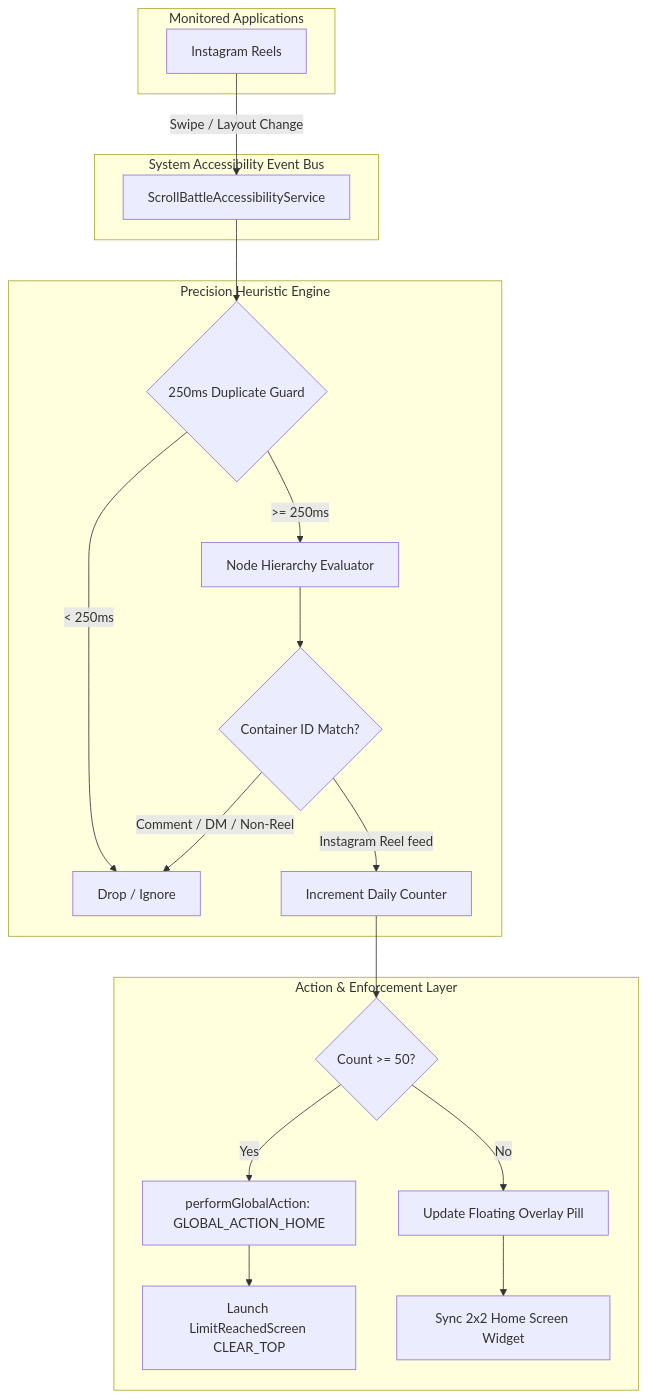
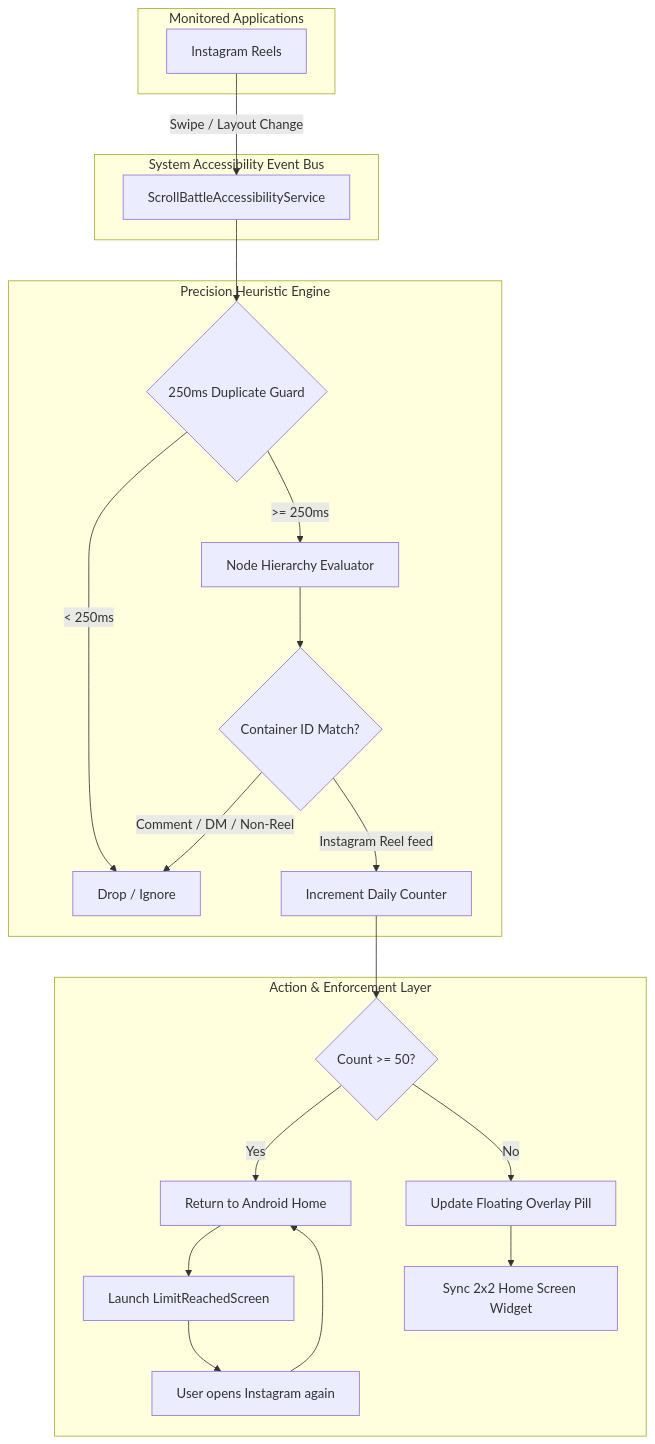
Before and after one commit to NIKHILSINGLAT/ScrollBattle: the diagram in README.md, drawn with Mermaid. The commit also changed other lines of this file, not shown here.

Commit message:
docs: align README with whole-app lock design and Android limitations

````diff
--- a/README.md
+++ b/README.md
@@ -42,27 +42,29 @@
 ```mermaid
 flowchart TD
     subgraph Target_Apps [Monitored Applications]
         IG[Instagram Reels]
     end
 
     subgraph Accessibility_Bus [System Accessibility Event Bus]
         IG -->|Swipe / Layout Change| Bus[ScrollBattleAccessibilityService]
     end
 
     subgraph Detection_Engine [Precision Heuristic Engine]
         Bus --> Throttler{250ms Duplicate Guard}
         Throttler -- "< 250ms" --> Drop[Drop / Ignore]
         Throttler -- ">= 250ms" --> Evaluator[Node Hierarchy Evaluator]
         Evaluator --> Match{Container ID Match?}
         Match -- "Comment / DM / Non-Reel" --> Drop
         Match -- "Instagram Reel feed" --> Count[Increment Daily Counter]
     end
 
     subgraph Enforcement [Action & Enforcement Layer]
         Count --> LimitCheck{Count >= 50?}
-        LimitCheck -- "Yes" --> Kick[performGlobalAction: GLOBAL_ACTION_HOME]
-        Kick --> LockScreen[Launch LimitReachedScreen CLEAR_TOP]
+        LimitCheck -- "Yes" --> Kick[Return to Android Home]
+        Kick --> LockScreen[Launch LimitReachedScreen]
+        LockScreen --> Reopen[User opens Instagram again]
+        Reopen --> Kick
         LimitCheck -- "No" --> PillUpdate[Update Floating Overlay Pill]
         PillUpdate --> WidgetUpdate[Sync 2x2 Home Screen Widget]
     end
 ```
````
